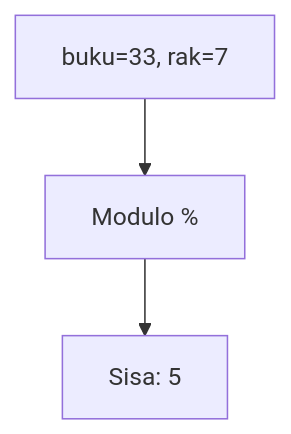
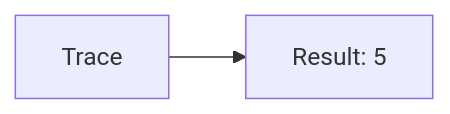
Before and after one commit to amnahwaida/OSNK_INF_PREP: diagram 19 of 25 in part-c-pemahaman-cpp/01-tipe-data/latihan/set-12.md, drawn with Mermaid. The commit also changed other lines of this file and 71 other files, not shown here.

````diff
--- a/part-c-pemahaman-cpp/01-tipe-data/latihan/set-12.md
+++ b/part-c-pemahaman-cpp/01-tipe-data/latihan/set-12.md
@@ -564,5 +400,4 @@
 ```mermaid
-graph TD
-A["buku=33, rak=7"] --> B["Modulo %"]
-B --> C["Sisa: 5"]
+graph LR
+A[Trace] --> B[Result: 5]
 ```
````
